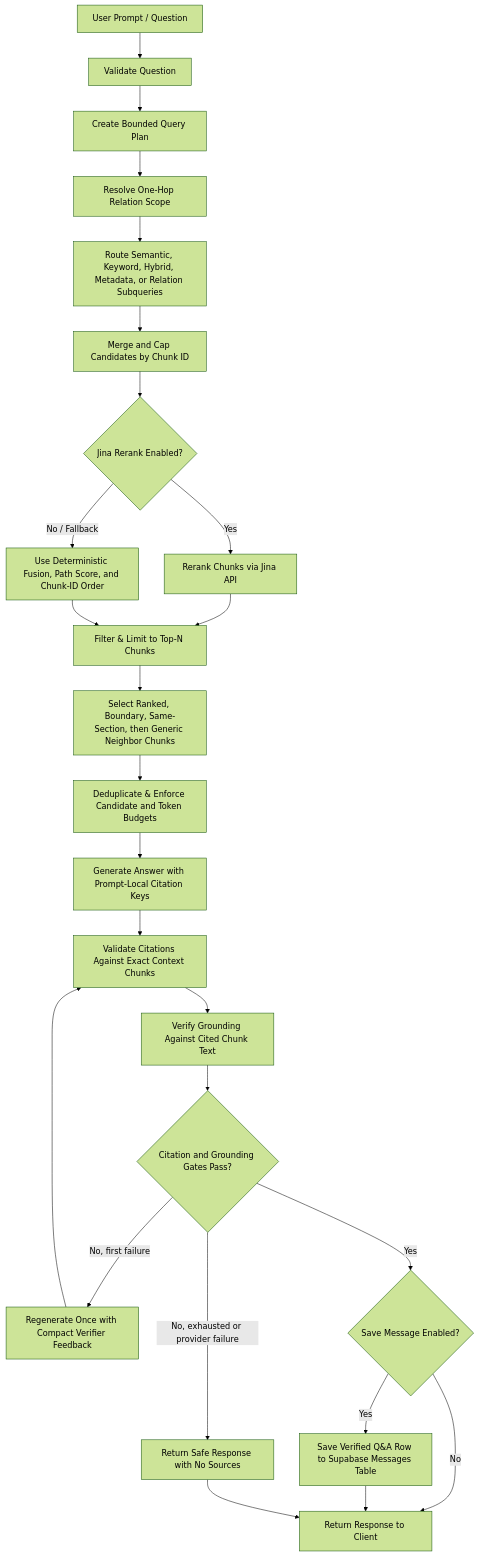
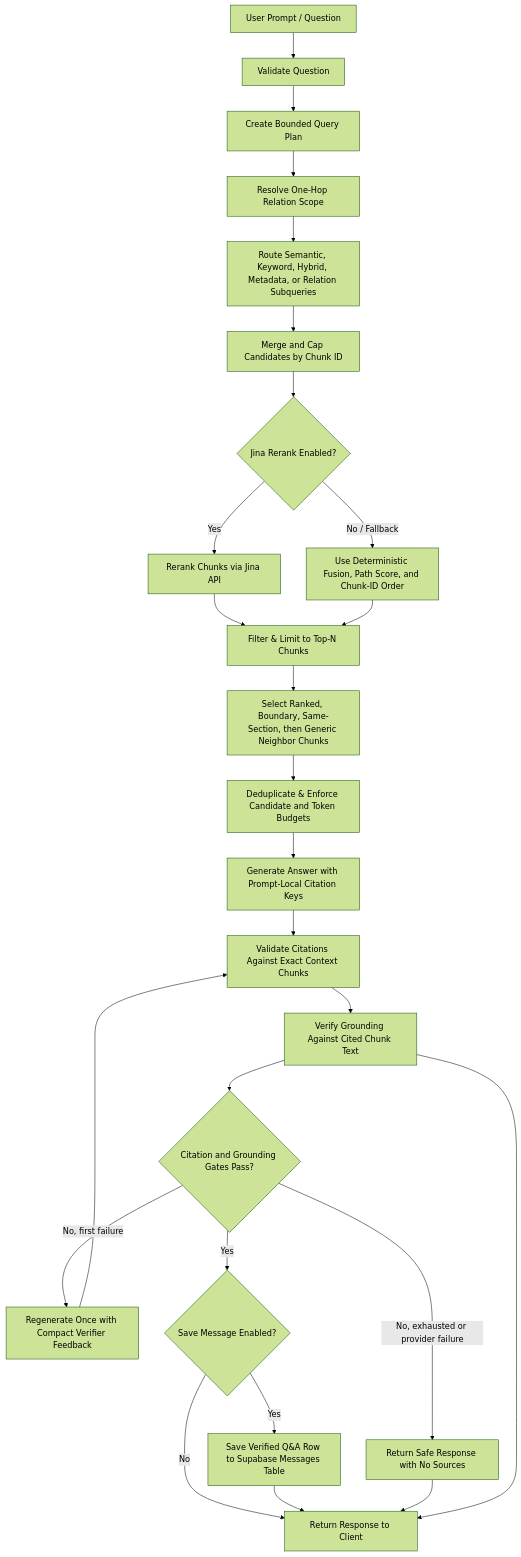
One commit to phongka79d/DocumentAgent changed the second of 3 diagrams in README.md. Above: the diagram before and after it, drawn with Mermaid (forest theme). The commit also changed other lines of this file, not shown here.

````diff
--- a/README.md
+++ b/README.md
@@ -57,27 +59,28 @@
 ```mermaid
 graph TD
     A[User Prompt / Question] --> B[Validate Question]
     B --> C[Create Bounded Query Plan]
     C --> D[Resolve One-Hop Relation Scope]
     D --> E[Route Semantic, Keyword, Hybrid, Metadata, or Relation Subqueries]
     E --> F[Merge and Cap Candidates by Chunk ID]
     F --> G{Jina Rerank Enabled?}
     G -->|Yes| H[Rerank Chunks via Jina API]
     G -->|No / Fallback| I[Use Deterministic Fusion, Path Score, and Chunk-ID Order]
     H --> J[Filter & Limit to Top-N Chunks]
     I --> J
     J --> K[Select Ranked, Boundary, Same-Section, then Generic Neighbor Chunks]
     K --> L[Deduplicate & Enforce Candidate and Token Budgets]
     L --> M[Generate Answer with Prompt-Local Citation Keys]
     M --> N[Validate Citations Against Exact Context Chunks]
     N --> O[Verify Grounding Against Cited Chunk Text]
     O --> Q{Citation and Grounding Gates Pass?}
     Q -->|No, first failure| R[Regenerate Once with Compact Verifier Feedback]
     R --> N
     Q -->|No, exhausted or provider failure| S[Return Safe Response with No Sources]
     Q -->|Yes| T{Save Message Enabled?}
     T -->|Yes| U[Save Verified Q&A Row to Supabase Messages Table]
     T -->|No| P[Return Response to Client]
     U --> P
     S --> P
+    O --> P
 ```
````
